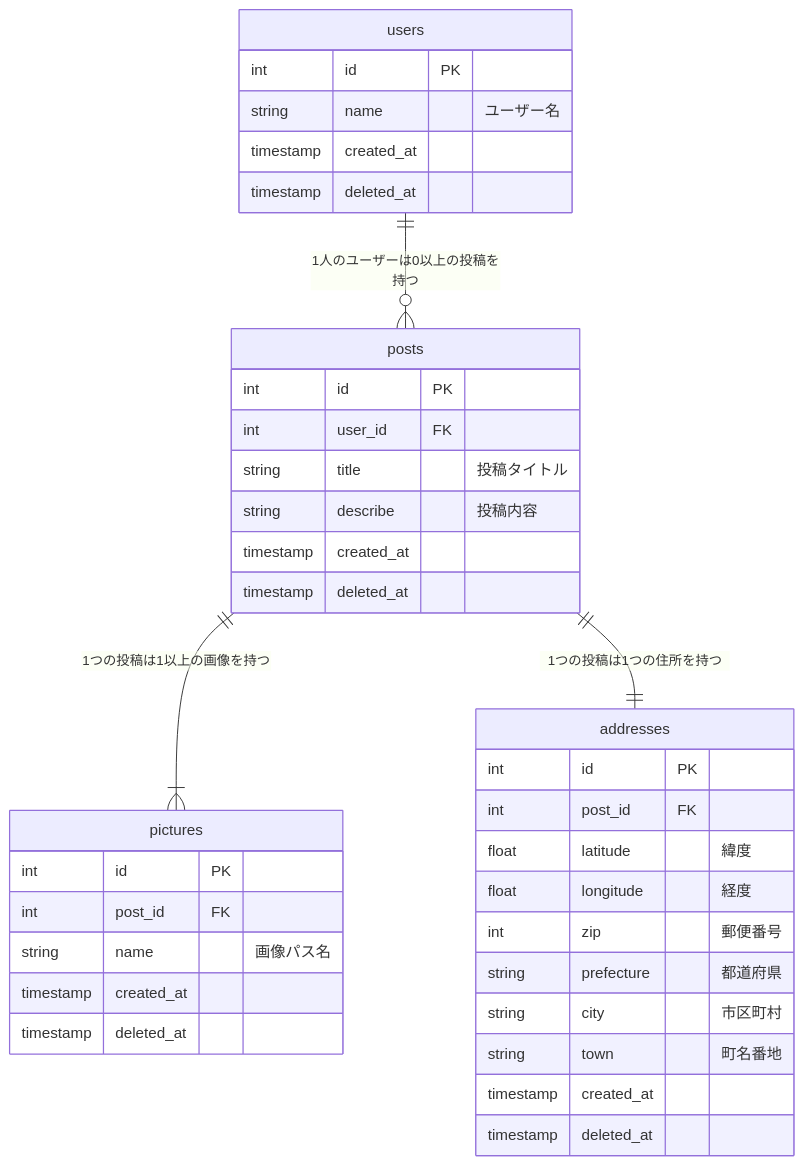
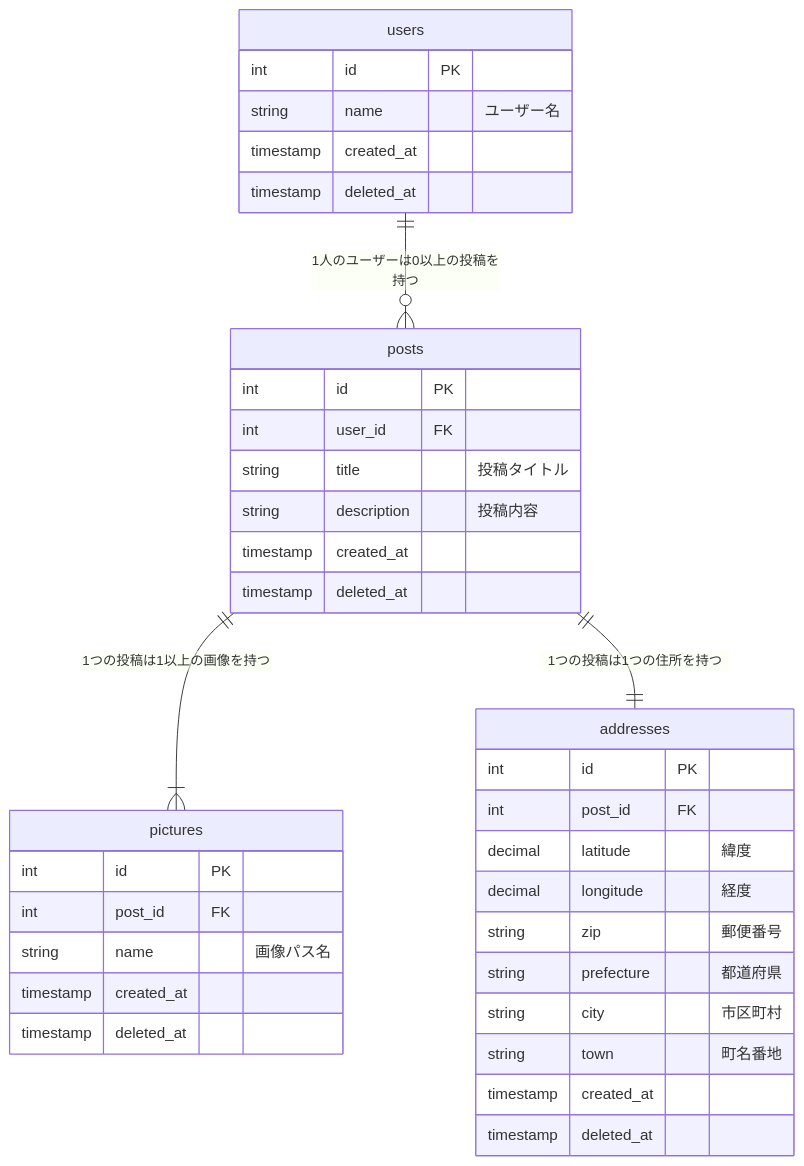
One commit to shota-mizuno-epkotsoftware/wander changed the diagram in material/tables.md. Above: the diagram before and after it, drawn with Mermaid. The commit also changed 18 other files, not shown here.

````diff
--- a/material/tables.md
+++ b/material/tables.md
@@ -3,43 +3,43 @@
 ```mermaid
 erDiagram
     users ||--o{ posts : "1人のユーザーは0以上の投稿を持つ"
     posts ||--|{ pictures : "1つの投稿は1以上の画像を持つ"
     posts ||--|| addresses : "1つの投稿は1つの住所を持つ"
 
     users {
         int id PK
         string name "ユーザー名"
         timestamp created_at
         timestamp deleted_at
     }
 
     posts {
         int id PK
         int user_id FK
         string title "投稿タイトル"
-        string describe "投稿内容"
+        string description "投稿内容"
         timestamp created_at
         timestamp deleted_at
     }
 
     pictures {
         int id PK
         int post_id FK
         string name "画像パス名"
         timestamp created_at
         timestamp deleted_at
     }
 
     addresses {
         int id PK
         int post_id FK
-        float latitude "緯度"
-        float longitude "経度"
-        int zip "郵便番号"
+        decimal latitude "緯度"
+        decimal longitude "経度"
+        string zip "郵便番号"
         string prefecture "都道府県"
         string city "市区町村"
         string town "町名番地"
         timestamp created_at
         timestamp deleted_at
     }
 ```
````
